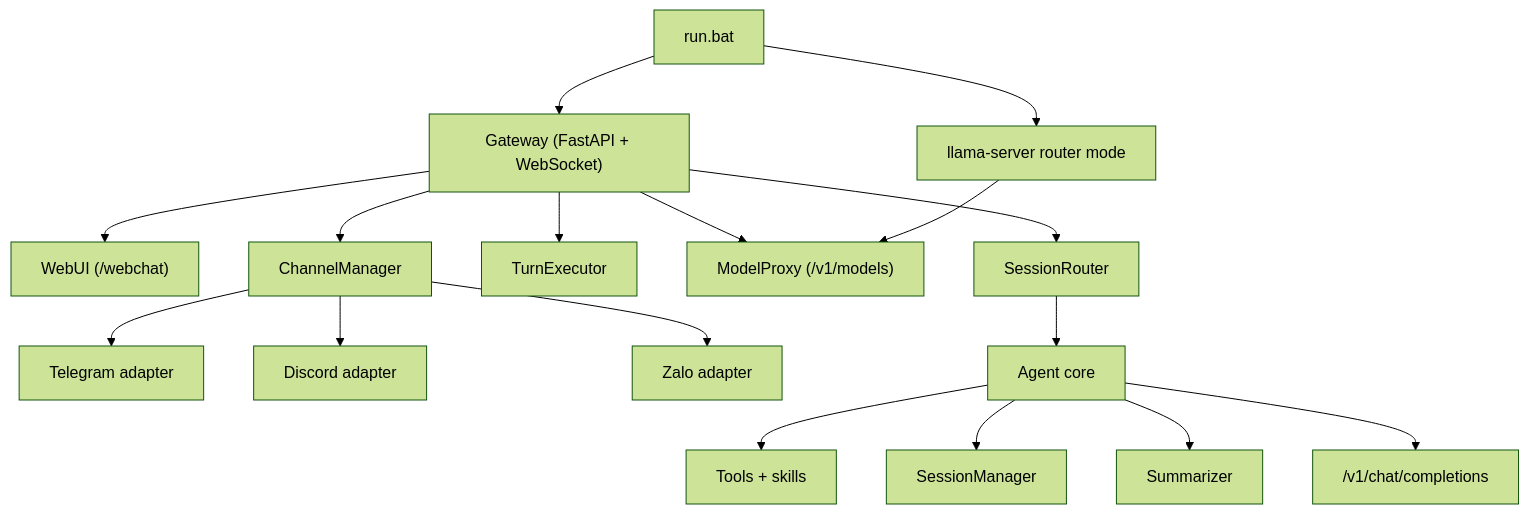
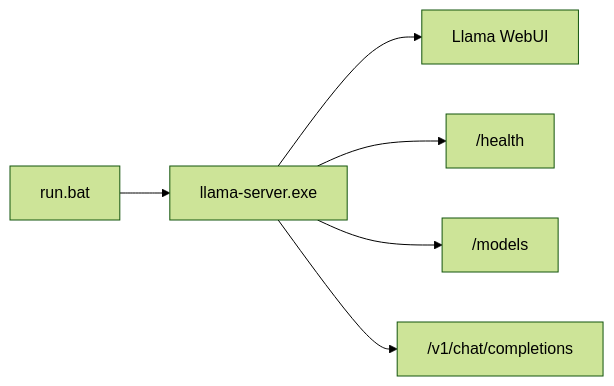
One commit to Minato-Makoto/Agent-02 changed the diagram in docs/BLUEPRINT_EN.md. Above: the diagram before and after it, drawn with Mermaid (forest theme). The commit also changed other lines of this file and 96 other files, not shown here.

Commit message:
feat: Introduce CLI for direct llama-server management, replacing the Agent-02 gateway and associated web UI components.

````diff
--- a/docs/BLUEPRINT_EN.md
+++ b/docs/BLUEPRINT_EN.md
@@ -15,19 +7,8 @@
 ```mermaid
-graph TD
-    A["run.bat"] --> B["Gateway (FastAPI + WebSocket)"]
-    A --> C["llama-server router mode"]
-    B --> D["WebUI (/webchat)"]
-    B --> E["SessionRouter"]
-    B --> F["TurnExecutor"]
-    B --> G["ModelProxy (/v1/models)"]
-    B --> H["ChannelManager"]
-    H --> I["Telegram adapter"]
-    H --> J["Discord adapter"]
-    H --> K["Zalo adapter"]
-    E --> L["Agent core"]
-    L --> M["Tools + skills"]
-    L --> N["SessionManager"]
-    L --> O["Summarizer"]
-    C --> G
-    L --> P["/v1/chat/completions"]
+flowchart LR
+    A["run.bat"] --> B["llama-server.exe"]
+    B --> C["Llama WebUI"]
+    B --> D["/health"]
+    B --> E["/models"]
+    B --> F["/v1/chat/completions"]
 ```
````
